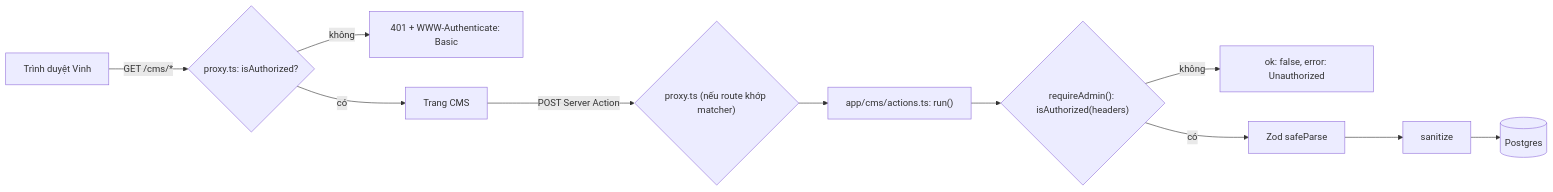
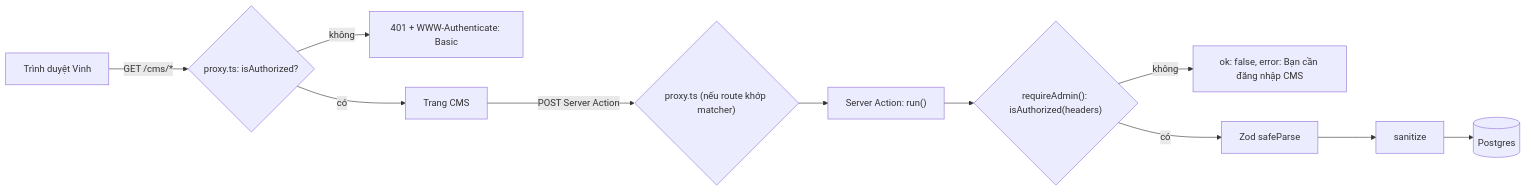
The diagram in docs/nen-tang-ky-thuat/kiem-tra-va-bao-mat.md (lqvinh1205/affiliate-project), drawn with Mermaid before and after one commit. The commit also changed other lines of this file and 21 other files, not shown here.

````diff
--- a/docs/nen-tang-ky-thuat/kiem-tra-va-bao-mat.md
+++ b/docs/nen-tang-ky-thuat/kiem-tra-va-bao-mat.md
@@ -43,11 +43,11 @@
 ```mermaid
 flowchart LR
     B[Trình duyệt Vinh] -->|"GET /cms/*"| P{"proxy.ts: isAuthorized?"}
     P -->|không| R401["401 + WWW-Authenticate: Basic"]
     P -->|có| Page[Trang CMS]
     Page -->|"POST Server Action"| P2{"proxy.ts (nếu route khớp matcher)"}
-    P2 --> A["app/cms/actions.ts: run()"]
+    P2 --> A["Server Action: run()"]
     A --> RA{"requireAdmin(): isAuthorized(headers)"}
-    RA -->|không| E["ok: false, error: Unauthorized"]
+    RA -->|không| E["ok: false, error: Bạn cần đăng nhập CMS"]
     RA -->|có| Z[Zod safeParse] --> S[sanitize] --> DB[(Postgres)]
 ```
````
